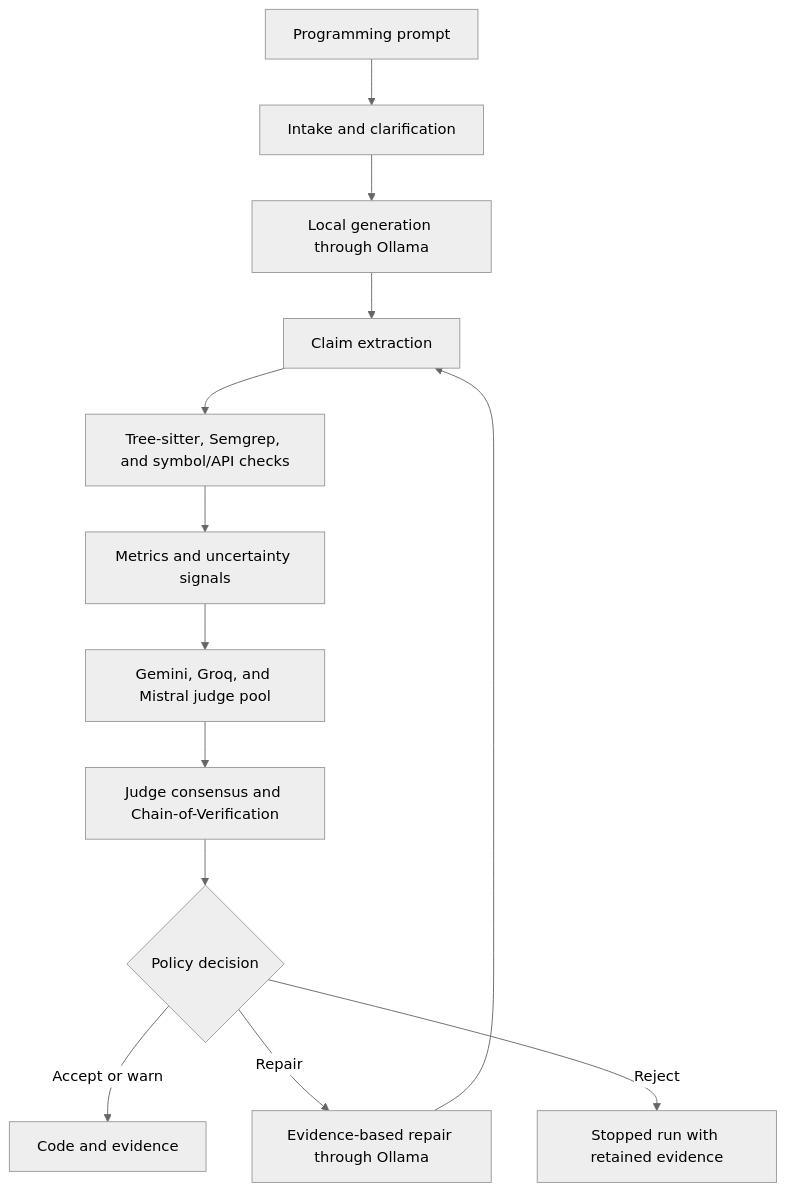
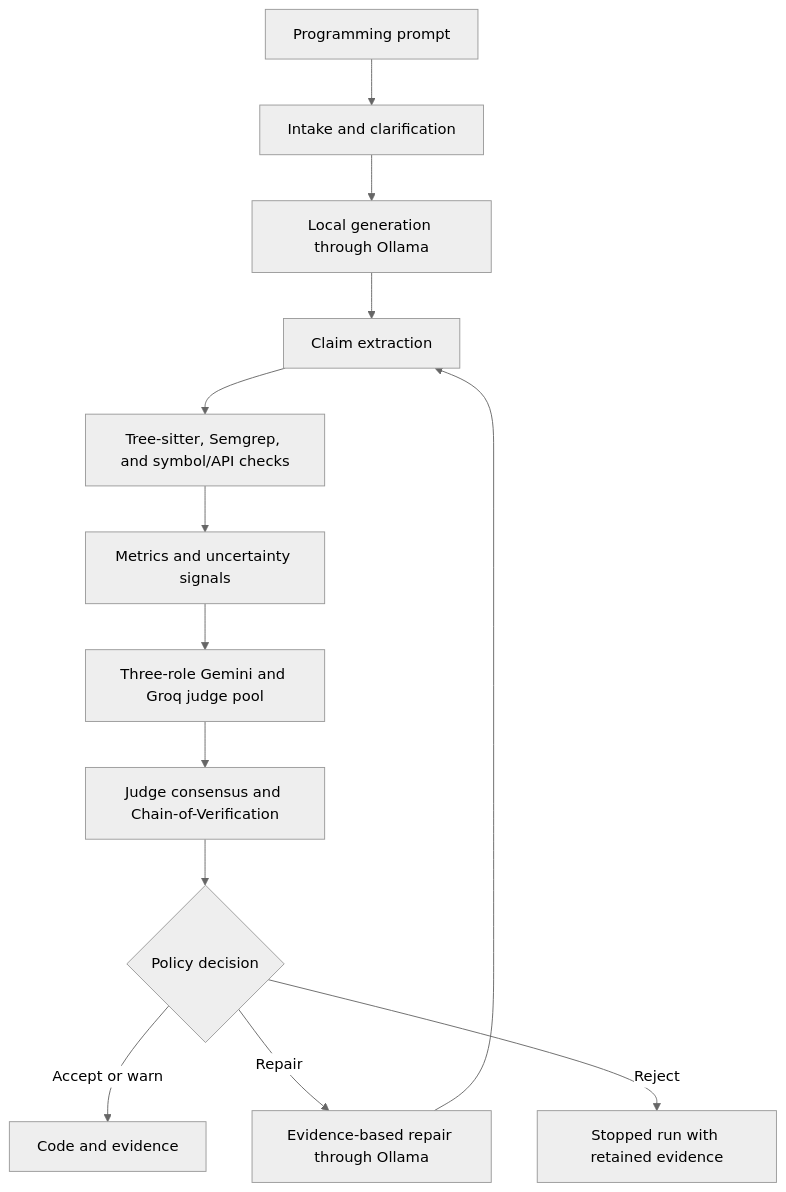
The diagram in README.md (FarhanTausif/SPL-3), drawn with Mermaid (neutral theme) before and after one commit. The commit also changed other lines of this file and 19 other files, not shown here.

````diff
--- a/README.md
+++ b/README.md
@@ -145,15 +151,15 @@
 ```mermaid
 flowchart TD
     A[Programming prompt] --> B[Intake and clarification]
     B --> C[Local generation through Ollama]
     C --> D[Claim extraction]
     D --> E[Tree-sitter, Semgrep, and symbol/API checks]
     E --> F[Metrics and uncertainty signals]
-    F --> G[Gemini, Groq, and Mistral judge pool]
+    F --> G[Three-role Gemini and Groq judge pool]
     G --> H[Judge consensus and Chain-of-Verification]
     H --> I{Policy decision}
     I -->|Accept or warn| J[Code and evidence]
     I -->|Repair| K[Evidence-based repair through Ollama]
     K --> D
     I -->|Reject| L[Stopped run with retained evidence]
 ```
````
